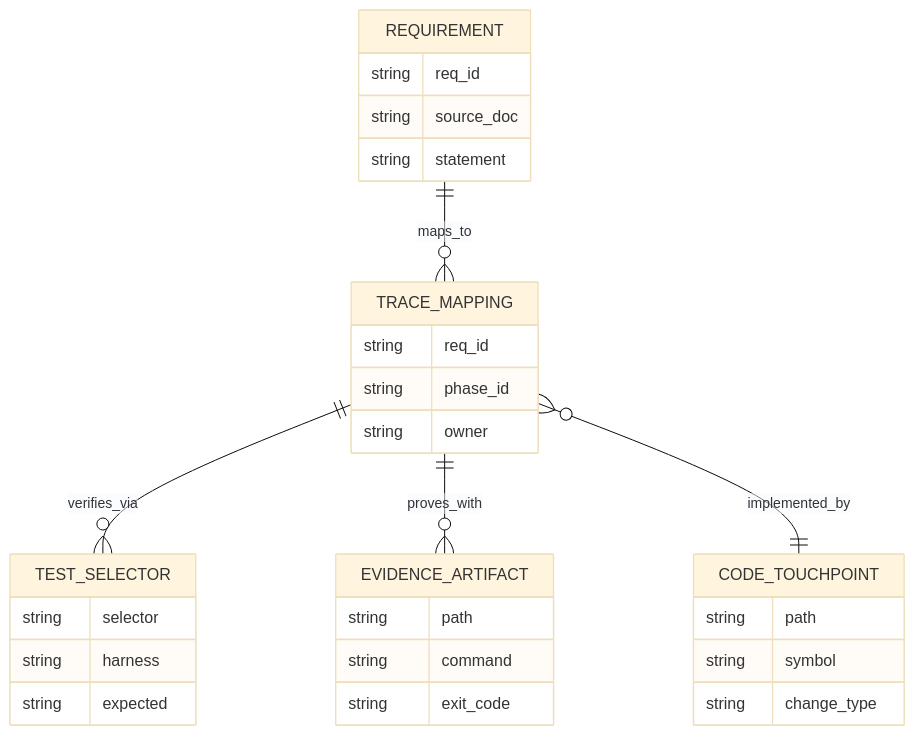
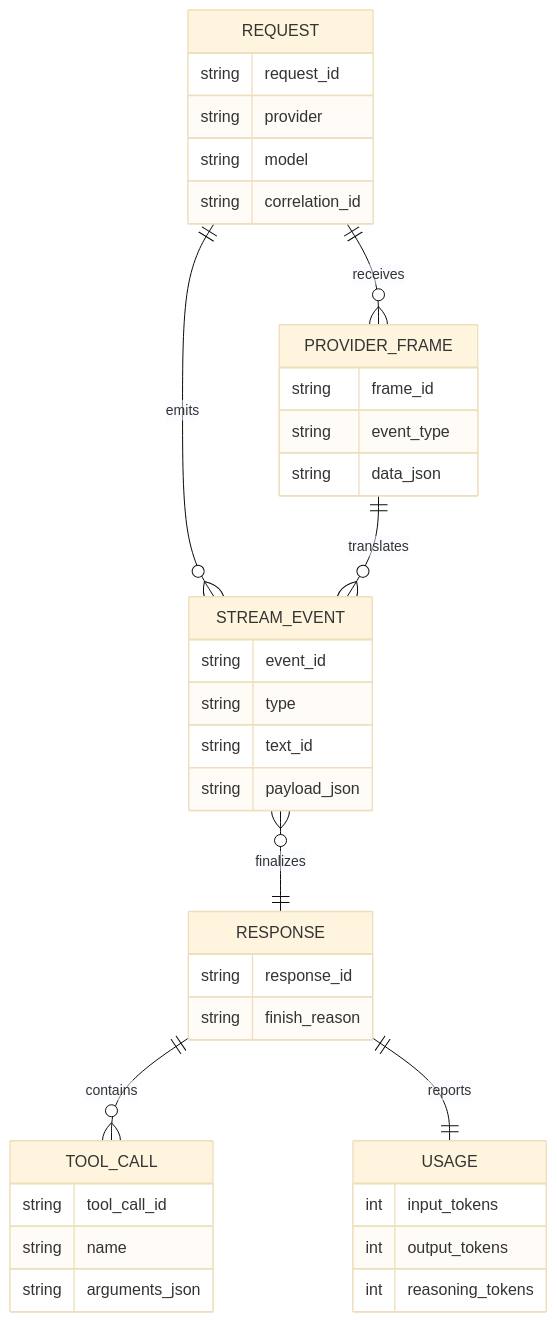
The second of 5 diagrams in docs/sprints/SPRINT-005-comprehensive-implementation-plan.md (jaytaylor/attractor-tcl), drawn with Mermaid (base theme) before and after one commit. The commit also changed other lines of this file, not shown here.

Commit message:
docs(sprint-005): complete comprehensive implementation plan with verified evidence matrix

````diff
--- a/docs/sprints/SPRINT-005-comprehensive-implementation-plan.md
+++ b/docs/sprints/SPRINT-005-comprehensive-implementation-plan.md
@@ -1191,37 +999,41 @@
 ```mermaid
 erDiagram
-    REQUIREMENT ||--o{ TRACE_MAPPING : maps_to
-    TRACE_MAPPING ||--o{ TEST_SELECTOR : verifies_via
-    TRACE_MAPPING ||--o{ EVIDENCE_ARTIFACT : proves_with
-    TRACE_MAPPING }o--|| CODE_TOUCHPOINT : implemented_by
+  REQUEST ||--o{ STREAM_EVENT : emits
+  REQUEST ||--o{ PROVIDER_FRAME : receives
+  PROVIDER_FRAME ||--o{ STREAM_EVENT : translates
+  STREAM_EVENT }o--|| RESPONSE : finalizes
+  RESPONSE ||--o{ TOOL_CALL : contains
+  RESPONSE ||--|| USAGE : reports
 
-    REQUIREMENT {
-      string req_id
-      string source_doc
-      string statement
-    }
-
-    TRACE_MAPPING {
-      string req_id
-      string phase_id
-      string owner
-    }
-
-    TEST_SELECTOR {
-      string selector
-      string harness
-      string expected
-    }
-
-    EVIDENCE_ARTIFACT {
-      string path
-      string command
-      string exit_code
-    }
-
-    CODE_TOUCHPOINT {
-      string path
-      string symbol
-      string change_type
-    }
+  REQUEST {
+    string request_id
+    string provider
+    string model
+    string correlation_id
+  }
+  PROVIDER_FRAME {
+    string frame_id
+    string event_type
+    string data_json
+  }
+  STREAM_EVENT {
+    string event_id
+    string type
+    string text_id
+    string payload_json
+  }
+  RESPONSE {
+    string response_id
+    string finish_reason
+  }
+  TOOL_CALL {
+    string tool_call_id
+    string name
+    string arguments_json
+  }
+  USAGE {
+    int input_tokens
+    int output_tokens
+    int reasoning_tokens
+  }
 ```
````
